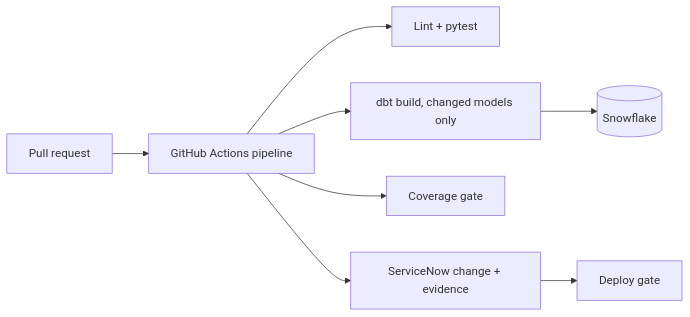
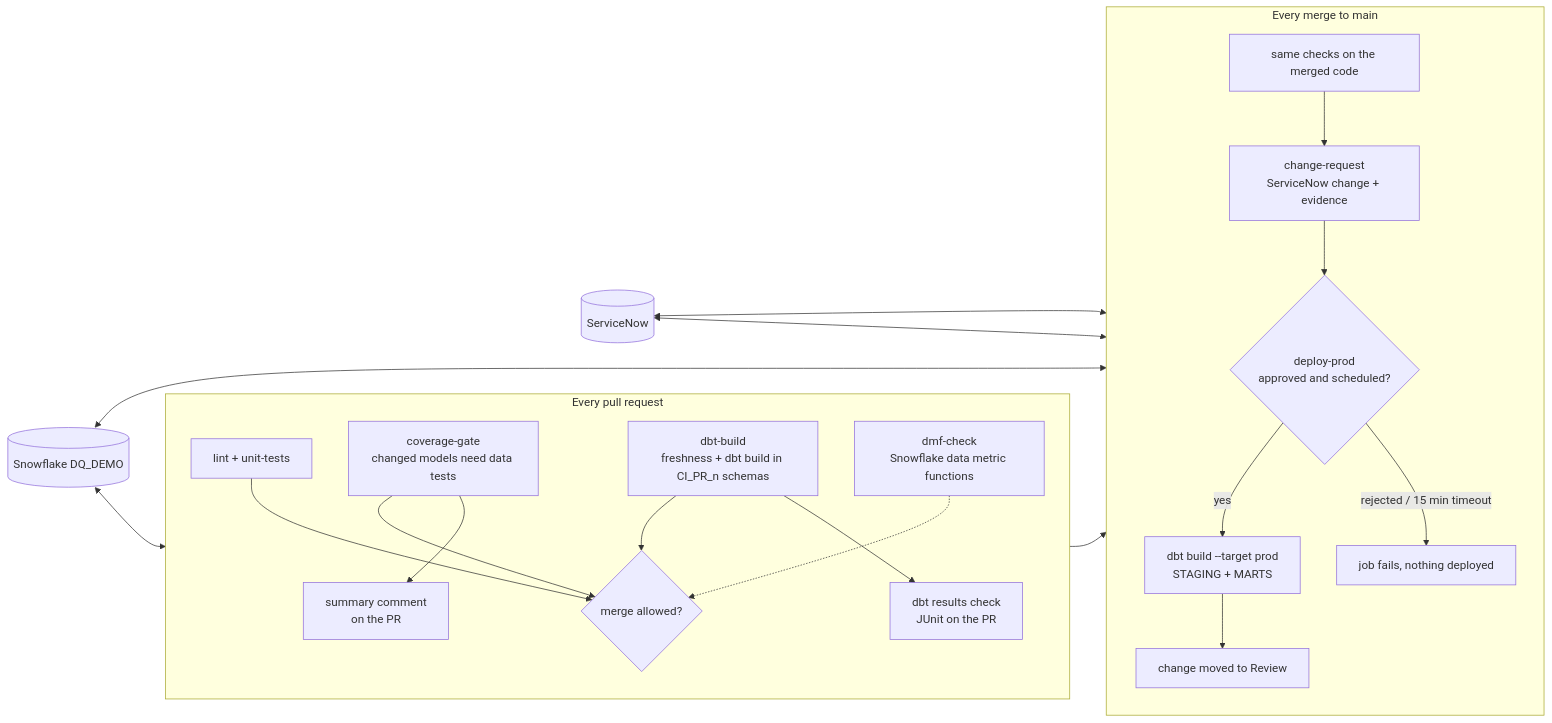
Before and after one commit to hamiltra/dq-gate: the diagram in README.md, drawn with Mermaid. The commit also changed other lines of this file and 6 other files, not shown here.

First line of the commit message:
M7: README diagram and setup guide, AI workflow log, docs-only deploy skip

````diff
--- a/README.md
+++ b/README.md
@@ -11,10 +11,25 @@
 ```mermaid
 flowchart LR
-    PR[Pull request] --> CI[GitHub Actions pipeline]
-    CI --> L[Lint + pytest]
-    CI --> D[dbt build, changed models only]
-    D --> SF[(Snowflake)]
-    CI --> G[Coverage gate]
-    CI --> SN[ServiceNow change + evidence]
-    SN --> P[Deploy gate]
+    subgraph PR["Every pull request"]
+        direction TB
+        L[lint + unit-tests] --> G{merge allowed?}
+        CG["coverage-gate<br/>changed models need data tests"] --> G
+        DB["dbt-build<br/>freshness + dbt build in CI_PR_n schemas"] --> G
+        DMF["dmf-check<br/>Snowflake data metric functions"] -.-> G
+        DB --> J[dbt results check<br/>JUnit on the PR]
+        CG --> C[summary comment<br/>on the PR]
+    end
+    subgraph MAIN["Every merge to main"]
+        direction TB
+        CK[same checks on the merged code] --> CR["change-request<br/>ServiceNow change + evidence"]
+        CR --> W{"deploy-prod<br/>approved and scheduled?"}
+        W -- yes --> P["dbt build --target prod<br/>STAGING + MARTS"]
+        P --> RV[change moved to Review]
+        W -- "rejected / 15 min timeout" --> X[job fails, nothing deployed]
+    end
+    G --> MAIN
+    SN[(ServiceNow)] <--> CR
+    SN <--> W
+    SF[(Snowflake DQ_DEMO)] <--> DB
+    SF <--> P
 ```
````
